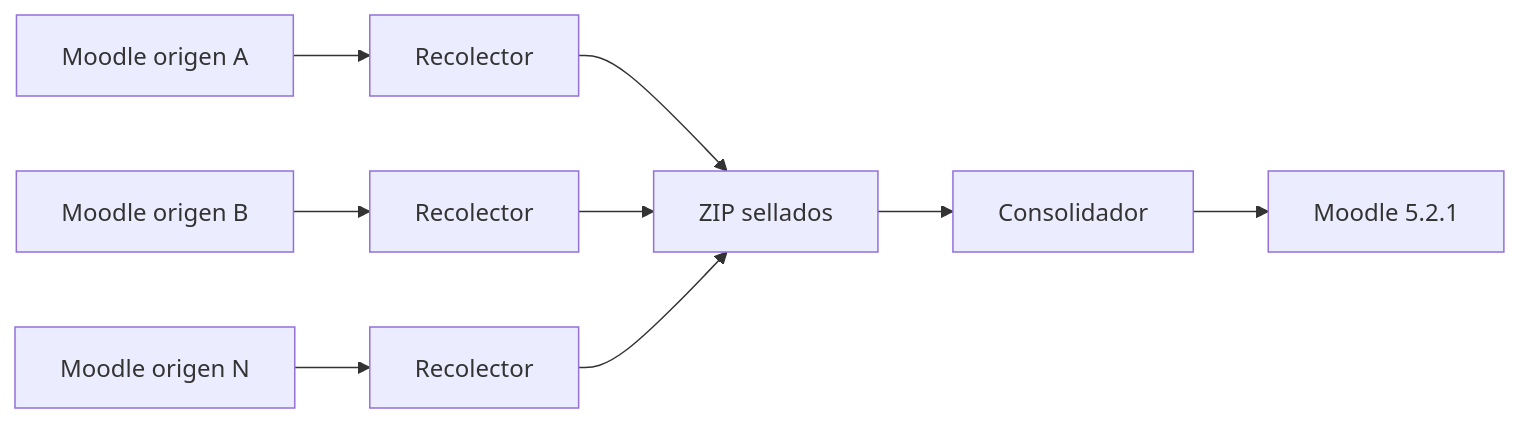
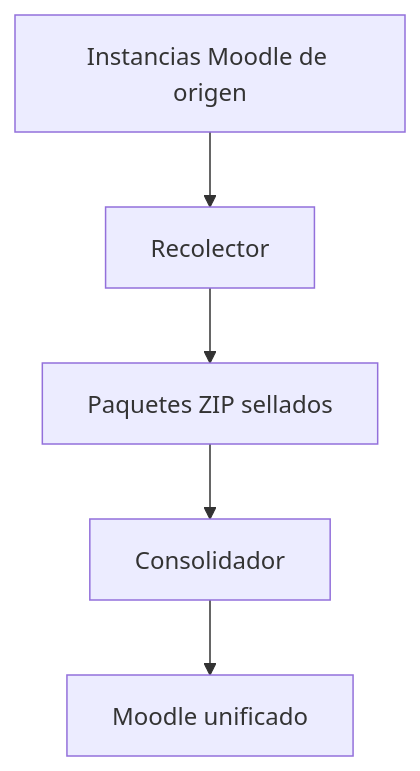
One commit to AndreyK-2305/moodle-consolidation-toolkit changed the diagram in README.md. Above: the diagram before and after it, drawn with Mermaid. The commit also changed other lines of this file, not shown here.

````diff
--- a/README.md
+++ b/README.md
@@ -23,11 +19,7 @@
 ```mermaid
-flowchart LR
-    A["Moodle origen A"] --> R1["Recolector"]
-    B["Moodle origen B"] --> R2["Recolector"]
-    C["Moodle origen N"] --> R3["Recolector"]
-    R1 --> Z["ZIP sellados"]
-    R2 --> Z
-    R3 --> Z
-    Z --> K["Consolidador"]
-    K --> M["Moodle 5.2.1"]
+flowchart TD
+    A[Instancias Moodle de origen] --> B[Recolector]
+    B --> C[Paquetes ZIP sellados]
+    C --> D[Consolidador]
+    D --> E[Moodle unificado]
 ```
````
